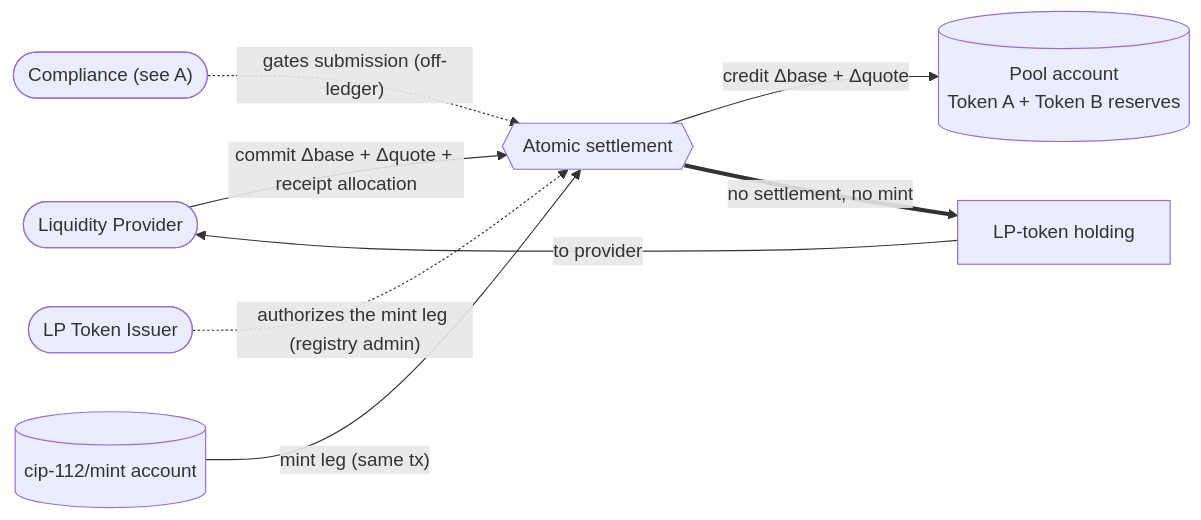
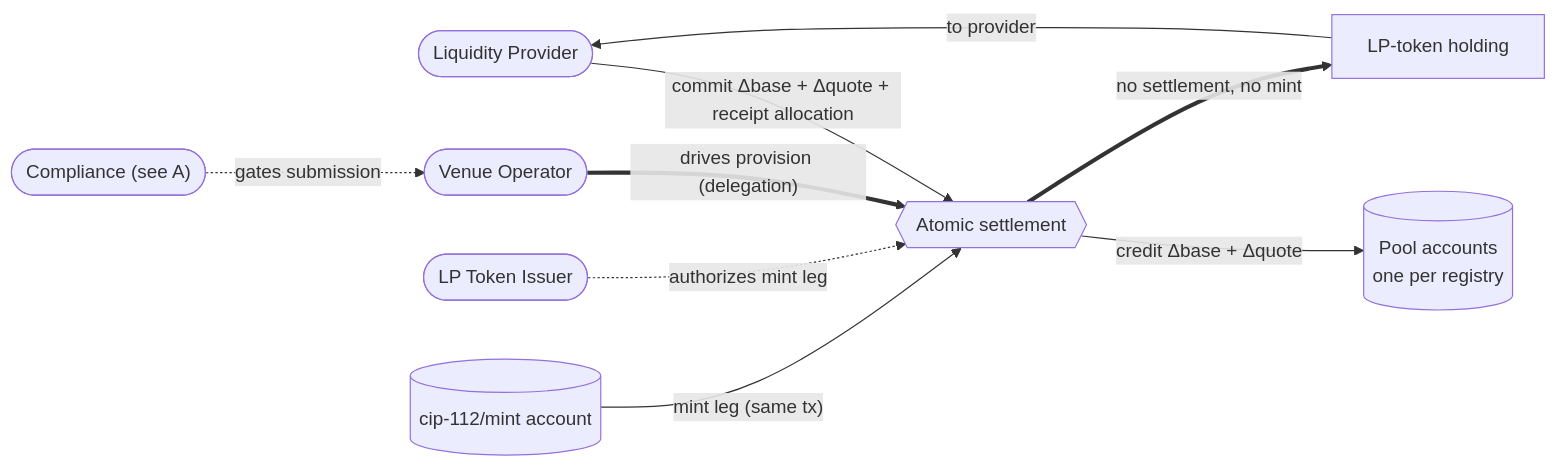
The third of 4 diagrams in docs/reference-architectures/dex.md (OpenZeppelin/canton-specs), drawn with Mermaid before and after one commit. The commit also changed other lines of this file, not shown here.

````diff
--- a/docs/reference-architectures/dex.md
+++ b/docs/reference-architectures/dex.md
@@ -380,18 +357,20 @@
 ```mermaid
 flowchart LR
     LP([Liquidity Provider])
+    Compliance(["Compliance (see A)"])
+    Operator([Venue Operator])
     LPIssuer([LP Token Issuer])
-    Compliance(["Compliance (see A)"])
     Settle{{Atomic settlement}}
-    PoolAcct[("Pool account<br/>Token A + Token B reserves")]
+    PoolAcct[("Pool accounts<br/>one per registry")]
     Mint[("cip-112/mint account")]
     LPtok["LP-token holding"]
 
+    Compliance -.->|"gates submission"| Operator
+    Operator ==>|"drives provision (delegation)"| Settle
     LP -->|"commit Δbase + Δquote + receipt allocation"| Settle
-    Compliance -.->|"gates submission (off-ledger)"| Settle
-    LPIssuer -.->|"authorizes the mint leg (registry admin)"| Settle
+    LPIssuer -.->|"authorizes mint leg"| Settle
     Mint -->|"mint leg (same tx)"| Settle
     Settle -->|"credit Δbase + Δquote"| PoolAcct
     Settle ==>|"no settlement, no mint"| LPtok
     LPtok -->|"to provider"| LP
 ```
````
